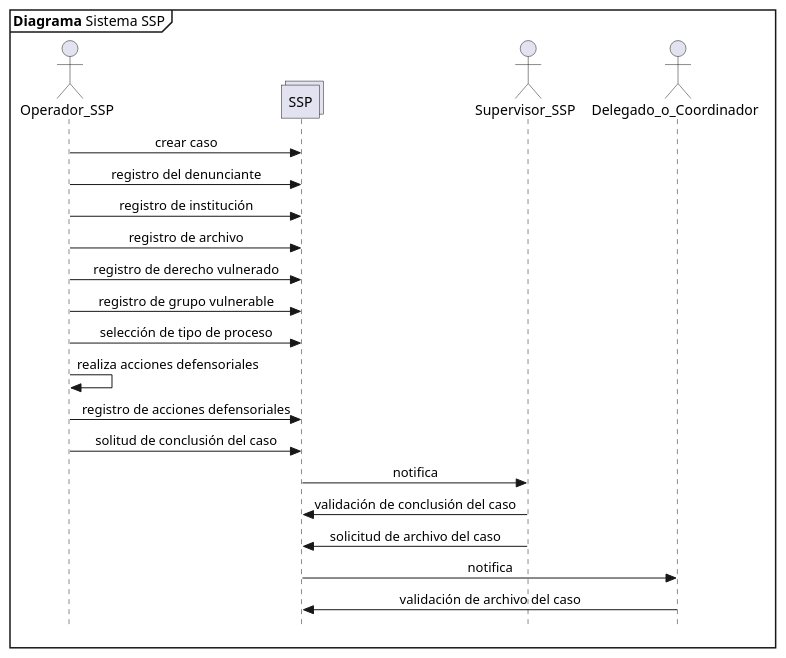
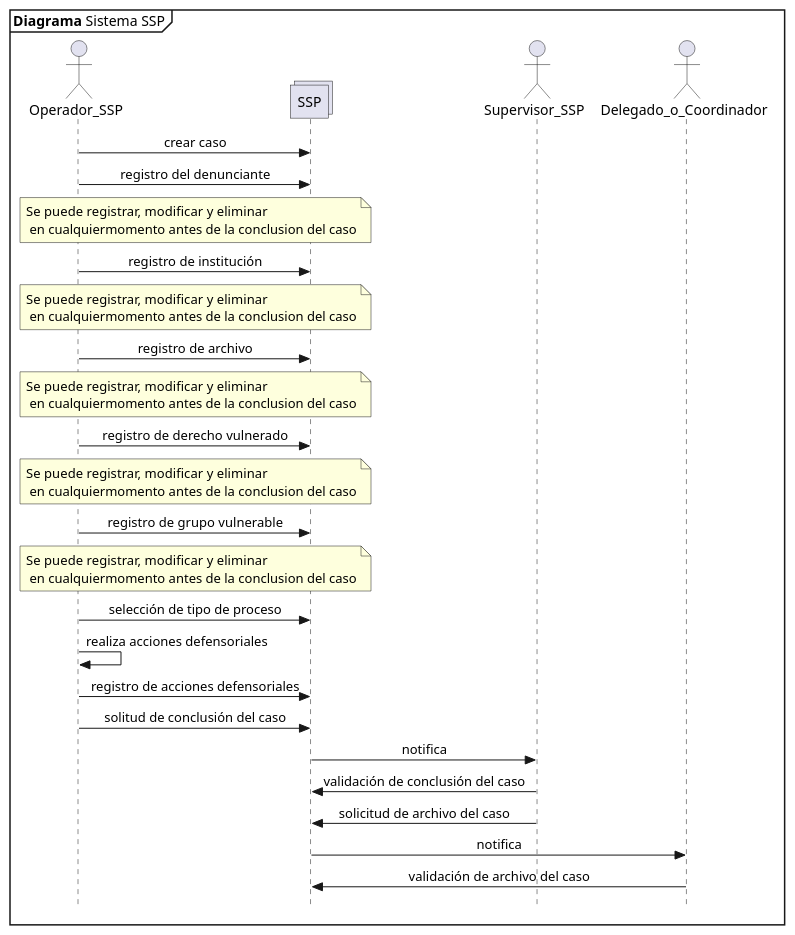
One commit to n1m0d0/defdiag changed the diagram in 06 diagrama sistema.plantuml. Above: the diagram before and after it, drawn with PlantUML. The commit also changed 2 other files, not shown here.

Commit message:
ajuste al diagrama 06

```diff
--- a/06 diagrama sistema.plantuml
+++ b/06 diagrama sistema.plantuml
@@ -1,29 +1,33 @@
 @startuml Diagrama_Sistema
 skinparam Style strictuml
 skinparam SequenceMessageAlignment center
 
 mainframe **Diagrama** Sistema SSP
 
 actor Operador_SSP as opssp
 collections SSP
 actor Supervisor_SSP as supssp
 actor Delegado_o_Coordinador as delcor
 
 opssp->SSP: crear caso
 opssp->SSP: registro del denunciante
+note over opssp, SSP: Se puede registrar, modificar y eliminar \n en cualquiermomento antes de la conclusion del caso
 opssp->SSP: registro de institución 
+note over opssp, SSP: Se puede registrar, modificar y eliminar \n en cualquiermomento antes de la conclusion del caso
 opssp->SSP: registro de archivo
+note over opssp, SSP: Se puede registrar, modificar y eliminar \n en cualquiermomento antes de la conclusion del caso
 opssp->SSP: registro de derecho vulnerado
+note over opssp, SSP: Se puede registrar, modificar y eliminar \n en cualquiermomento antes de la conclusion del caso
 opssp->SSP: registro de grupo vulnerable
+note over opssp, SSP: Se puede registrar, modificar y eliminar \n en cualquiermomento antes de la conclusion del caso
 opssp->SSP: selección de tipo de proceso
 opssp->opssp: realiza acciones defensoriales
 opssp->SSP: registro de acciones defensoriales
 opssp->SSP: solitud de conclusión del caso
 SSP->supssp: notifica
 supssp->SSP: validación de conclusión del caso
 supssp->SSP: solicitud de archivo del caso
 SSP->delcor: notifica
 delcor->SSP: validación de archivo del caso
 
-
 @enduml
```
